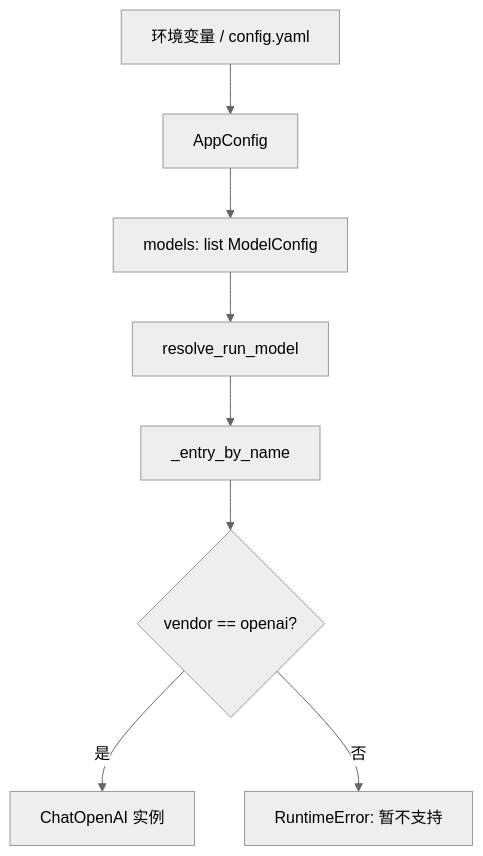
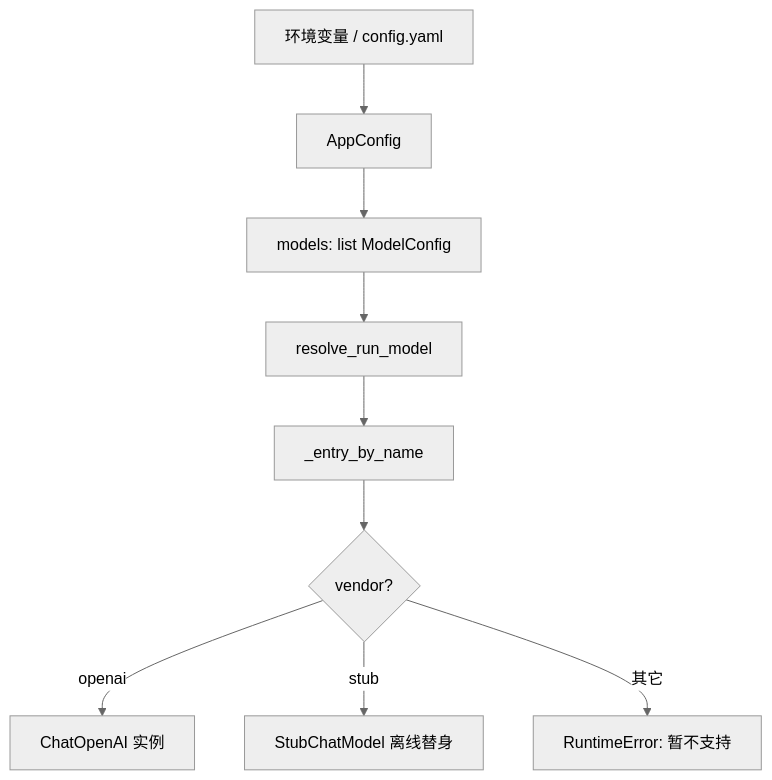
Before and after one commit to G0-000/agent-book: the diagram in my-agent-flow-v2/01-最小可运行 Agent/01-配置与模型调用/README.md, drawn with Mermaid (neutral theme). The commit also changed other lines of this file, not shown here.

Commit message:
docs(01.1): 工厂补 stub 替身说明（离线用不进生产）；配置测试 6→9 对齐代码 84a92c5

````diff
--- a/my-agent-flow-v2/01-最小可运行 Agent/01-配置与模型调用/README.md
+++ b/my-agent-flow-v2/01-最小可运行 Agent/01-配置与模型调用/README.md
@@ -34,10 +35,11 @@
 ```mermaid
 flowchart TD
     A[环境变量 / config.yaml] --> B[AppConfig]
     B --> C[models: list ModelConfig]
     C --> D[resolve_run_model]
     D --> E[_entry_by_name]
-    E --> F{vendor == openai?}
-    F -- 是 --> G[ChatOpenAI 实例]
-    F -- 否 --> H[RuntimeError: 暂不支持]
+    E --> F{vendor?}
+    F -- openai --> G[ChatOpenAI 实例]
+    F -- stub --> S[StubChatModel 离线替身]
+    F -- 其它 --> H[RuntimeError: 暂不支持]
 ```
````
